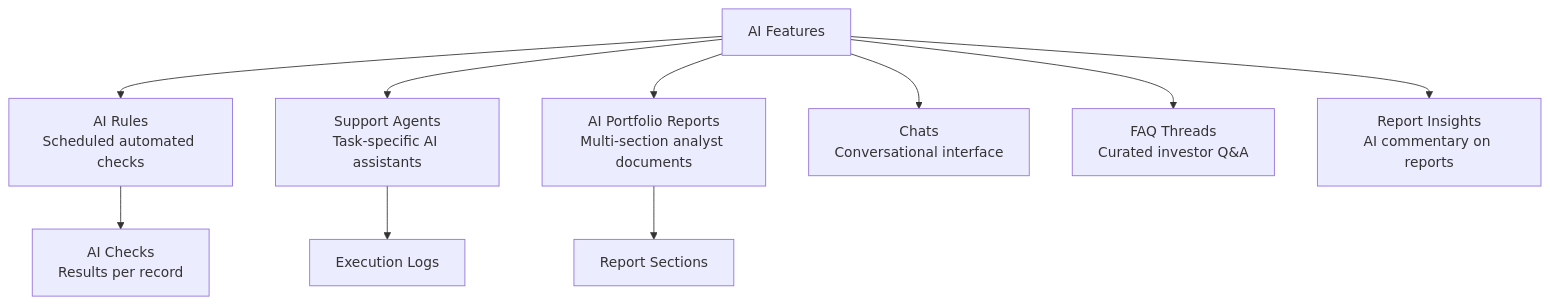
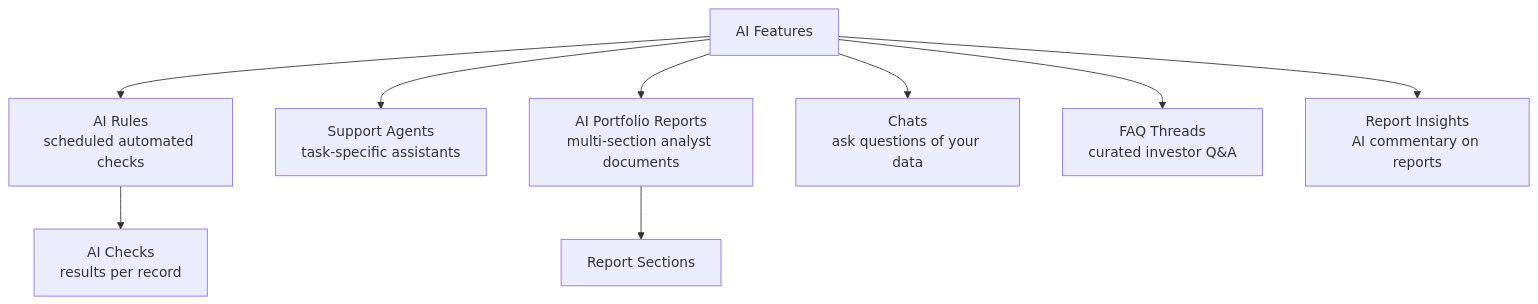
Before and after one commit to sampadadiwan/IRM_CompanyMain: the first of 2 diagrams in docs/user_guides/ai_features_user_guide.md, drawn with Mermaid. The commit also changed other lines of this file and 21 other files, not shown here.

````diff
--- a/docs/user_guides/ai_features_user_guide.md
+++ b/docs/user_guides/ai_features_user_guide.md
@@ -47,12 +30,11 @@
 ```mermaid
 graph TD
-    AI[AI Features] --> Rules[AI Rules\nScheduled automated checks]
-    AI --> Agents[Support Agents\nTask-specific AI assistants]
-    AI --> Reports[AI Portfolio Reports\nMulti-section analyst documents]
-    AI --> Chats[Chats\nConversational interface]
-    AI --> FAQs[FAQ Threads\nCurated investor Q&A]
-    AI --> Insights[Report Insights\nAI commentary on reports]
-    Rules --> Checks[AI Checks\nResults per record]
-    Agents --> Logs[Execution Logs]
+    AI[AI Features] --> Rules[AI Rules<br/>scheduled automated checks]
+    AI --> Agents[Support Agents<br/>task-specific assistants]
+    AI --> Reports[AI Portfolio Reports<br/>multi-section analyst documents]
+    AI --> Chats[Chats<br/>ask questions of your data]
+    AI --> FAQs[FAQ Threads<br/>curated investor Q&A]
+    AI --> Insights[Report Insights<br/>AI commentary on reports]
+    Rules --> Checks[AI Checks<br/>results per record]
     Reports --> Sections[Report Sections]
 ```
````
